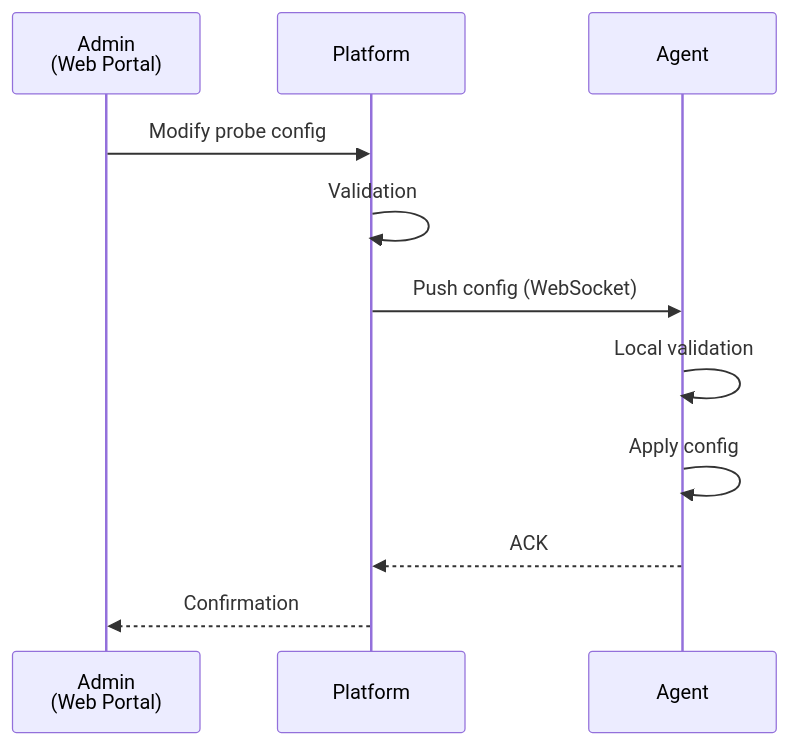
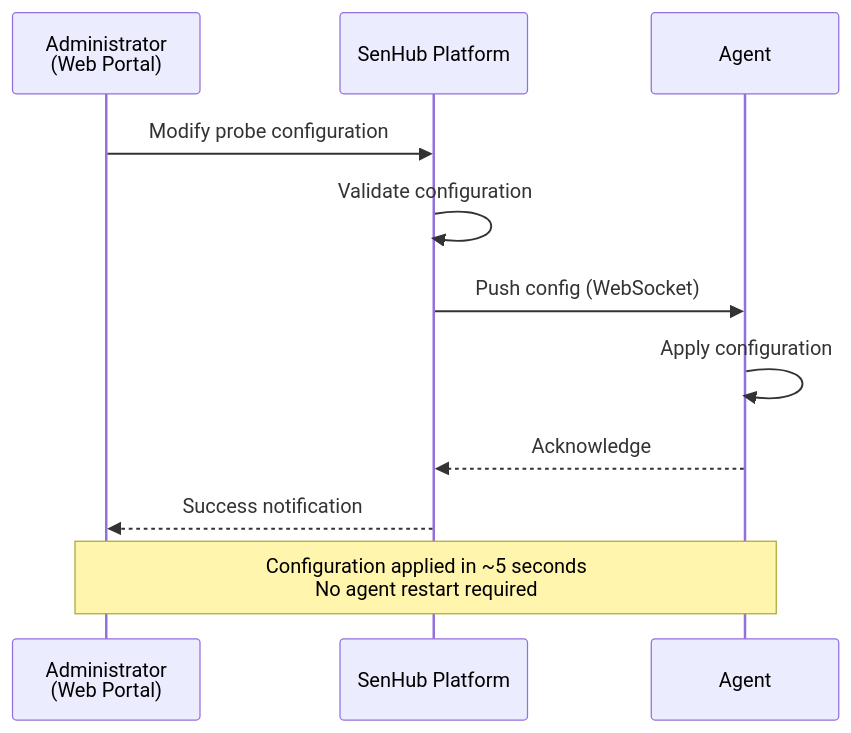
Before and after one commit to senhub-io/senhub-agent: the fourth of 9 diagrams in docs/user-guide/OPERATING-MODES.md, drawn with Mermaid. The commit also changed other lines of this file and 7 other files, not shown here.

````diff
--- a/docs/user-guide/OPERATING-MODES.md
+++ b/docs/user-guide/OPERATING-MODES.md
@@ -423,14 +532,15 @@
 ```mermaid
 sequenceDiagram
-    participant U as Admin<br/>(Web Portal)
-    participant P as Platform
-    participant A as Agent
+    participant Admin as Administrator<br/>(Web Portal)
+    participant Platform as SenHub Platform
+    participant Agent as Agent
 
-    U->>P: Modify probe config
-    P->>P: Validation
-    P->>A: Push config (WebSocket)
-    A->>A: Local validation
-    A->>A: Apply config
-    A-->>P: ACK
-    P-->>U: Confirmation
+    Admin->>Platform: Modify probe configuration
+    Platform->>Platform: Validate configuration
+    Platform->>Agent: Push config (WebSocket)
+    Agent->>Agent: Apply configuration
+    Agent-->>Platform: Acknowledge
+    Platform-->>Admin: Success notification
+
+    Note over Admin,Agent: Configuration applied in ~5 seconds<br/>No agent restart required
 ```
````
